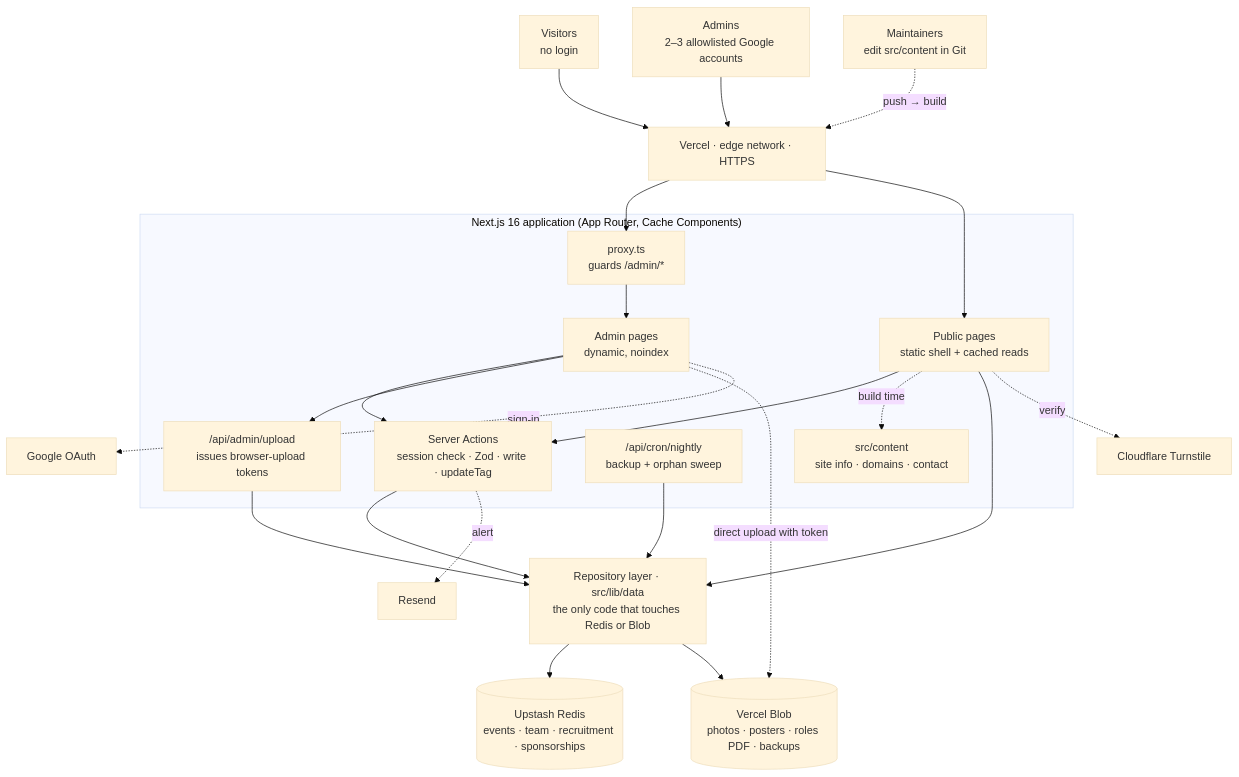
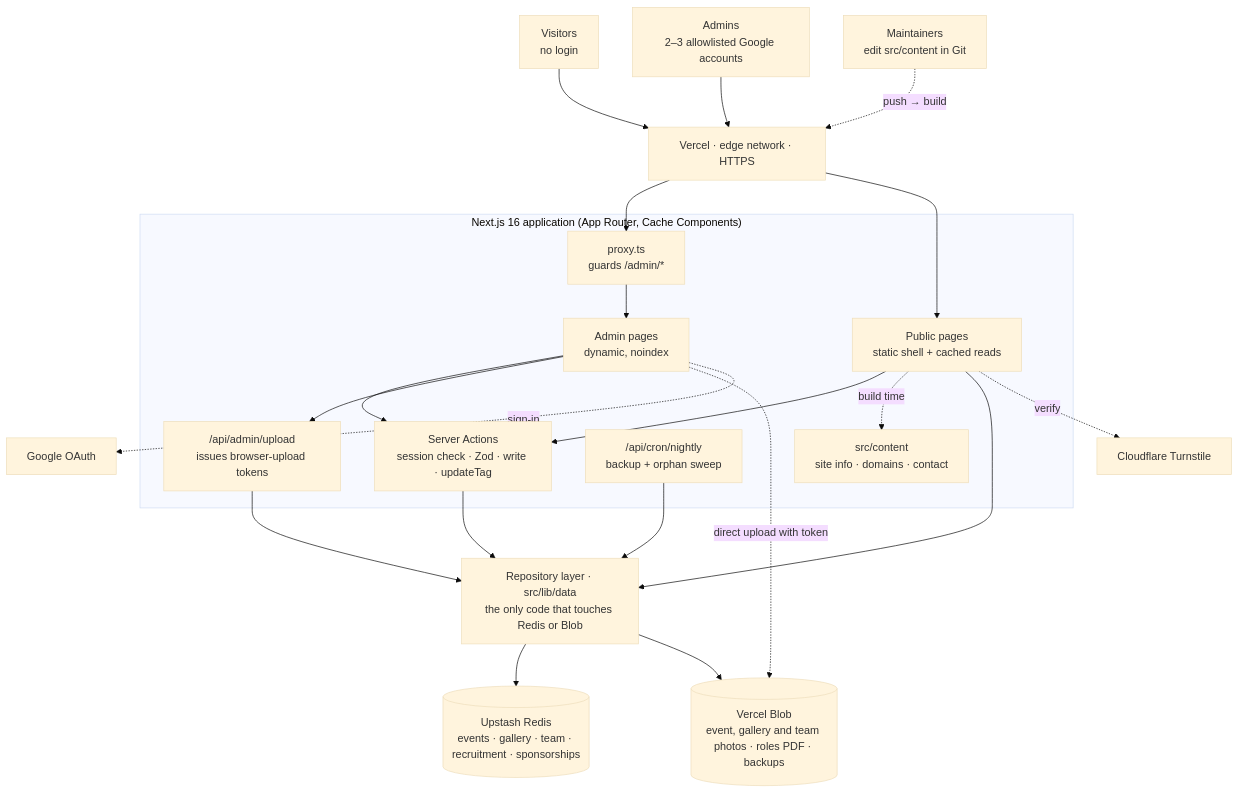
The first of 5 diagrams in docs/ARCHITECTURE.md (THEProgrammingGod69/SIG_Reality_Spectra-ARVR-), drawn with Mermaid (base theme) before and after one commit. The commit also changed other lines of this file and 13 other files, not shown here.

First line of the commit message:
Record team-review decisions; add standalone gallery, drop email

````diff
--- a/docs/ARCHITECTURE.md
+++ b/docs/ARCHITECTURE.md
@@ -40,39 +42,38 @@
 ```mermaid
 flowchart TB
   V["Visitors<br/>no login"] --> EDGE
   A["Admins<br/>2–3 allowlisted Google accounts"] --> EDGE
   G["Maintainers<br/>edit src/content in Git"] -. push → build .-> EDGE
 
   EDGE["Vercel · edge network · HTTPS"]
 
   subgraph APP["Next.js 16 application (App Router, Cache Components)"]
     PUB["Public pages<br/>static shell + cached reads"]
     ADM["Admin pages<br/>dynamic, noindex"]
     PROXY["proxy.ts<br/>guards /admin/*"]
     SA["Server Actions<br/>session check · Zod · write · updateTag"]
     UP["/api/admin/upload<br/>issues browser-upload tokens"]
     CRON["/api/cron/nightly<br/>backup + orphan sweep"]
     CONTENT["src/content<br/>site info · domains · contact"]
   end
 
   EDGE --> PROXY --> ADM
   EDGE --> PUB
   ADM --> SA
   ADM --> UP
   PUB --> SA
   PUB -. build time .-> CONTENT
 
   REPO["Repository layer · src/lib/data<br/>the only code that touches Redis or Blob"]
   SA --> REPO
   PUB --> REPO
   UP --> REPO
   CRON --> REPO
 
-  REPO --> REDIS[("Upstash Redis<br/>events · team · recruitment · sponsorships")]
-  REPO --> BLOB[("Vercel Blob<br/>photos · posters · roles PDF · backups")]
+  REPO --> REDIS[("Upstash Redis<br/>events · gallery · team · recruitment · sponsorships")]
+  REPO --> BLOB[("Vercel Blob<br/>event, gallery and team photos · roles PDF · backups")]
   ADM -. direct upload with token .-> BLOB
 
-  SA -. alert .-> RESEND["Resend"]
   PUB -. verify .-> TURN["Cloudflare Turnstile"]
   ADM -. sign-in .-> OAUTH["Google OAuth"]
 ```
````
